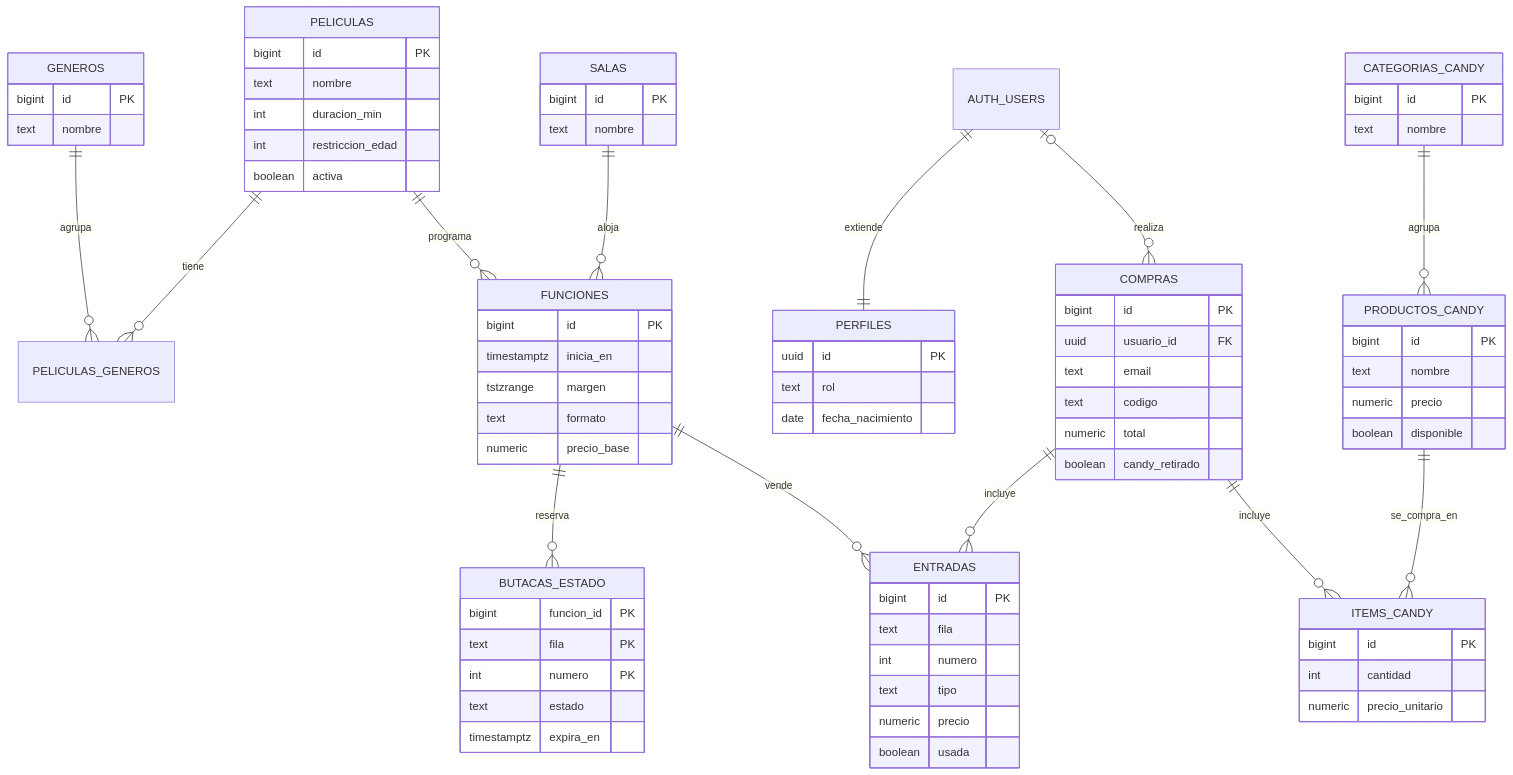
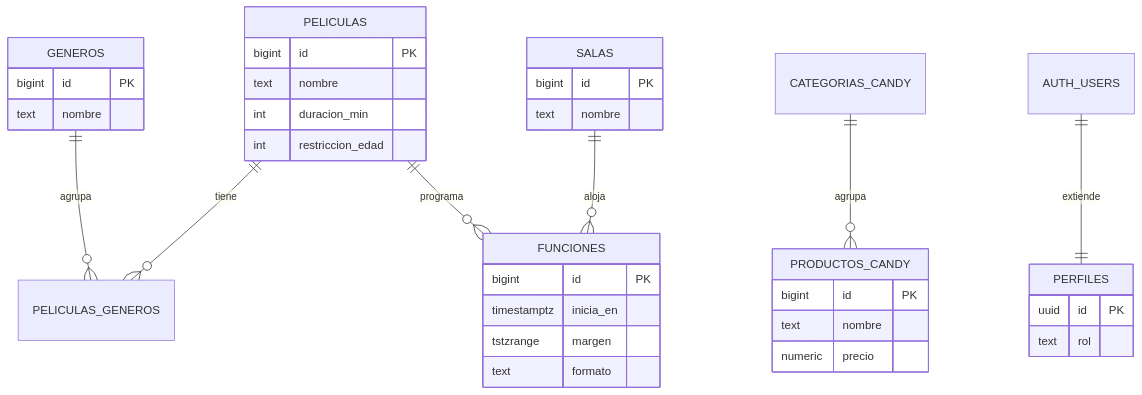
Before and after one commit to santiagovallina/Proyecto-cine: the diagram in README.md, drawn with Mermaid. The commit also changed other lines of this file and 5 other files, not shown here.

````diff
--- a/README.md
+++ b/README.md
@@ -111,81 +111,39 @@
 ```mermaid
 erDiagram
     PELICULAS ||--o{ PELICULAS_GENEROS : tiene
     GENEROS ||--o{ PELICULAS_GENEROS : agrupa
     CATEGORIAS_CANDY ||--o{ PRODUCTOS_CANDY : agrupa
     SALAS ||--o{ FUNCIONES : aloja
     PELICULAS ||--o{ FUNCIONES : programa
     AUTH_USERS ||--|| PERFILES : extiende
-    FUNCIONES ||--o{ BUTACAS_ESTADO : reserva
-    AUTH_USERS |o--o{ COMPRAS : realiza
-    COMPRAS ||--o{ ENTRADAS : incluye
-    FUNCIONES ||--o{ ENTRADAS : vende
-    COMPRAS ||--o{ ITEMS_CANDY : incluye
-    PRODUCTOS_CANDY ||--o{ ITEMS_CANDY : se_compra_en
 
     PELICULAS {
         bigint id PK
         text nombre
         int duracion_min
         int restriccion_edad
-        boolean activa
     }
     GENEROS {
-        bigint id PK
-        text nombre
-    }
-    CATEGORIAS_CANDY {
         bigint id PK
         text nombre
     }
     PRODUCTOS_CANDY {
         bigint id PK
         text nombre
         numeric precio
-        boolean disponible
     }
     PERFILES {
         uuid id PK
         text rol
-        date fecha_nacimiento
     }
     SALAS {
         bigint id PK
         text nombre
     }
     FUNCIONES {
         bigint id PK
         timestamptz inicia_en
         tstzrange margen
         text formato
-        numeric precio_base
-    }
-    BUTACAS_ESTADO {
-        bigint funcion_id PK
-        text fila PK
-        int numero PK
-        text estado
-        timestamptz expira_en
-    }
-    COMPRAS {
-        bigint id PK
-        uuid usuario_id FK
-        text email
-        text codigo
-        numeric total
-        boolean candy_retirado
-    }
-    ENTRADAS {
-        bigint id PK
-        text fila
-        int numero
-        text tipo
-        numeric precio
-        boolean usada
-    }
-    ITEMS_CANDY {
-        bigint id PK
-        int cantidad
-        numeric precio_unitario
     }
 ```
````
